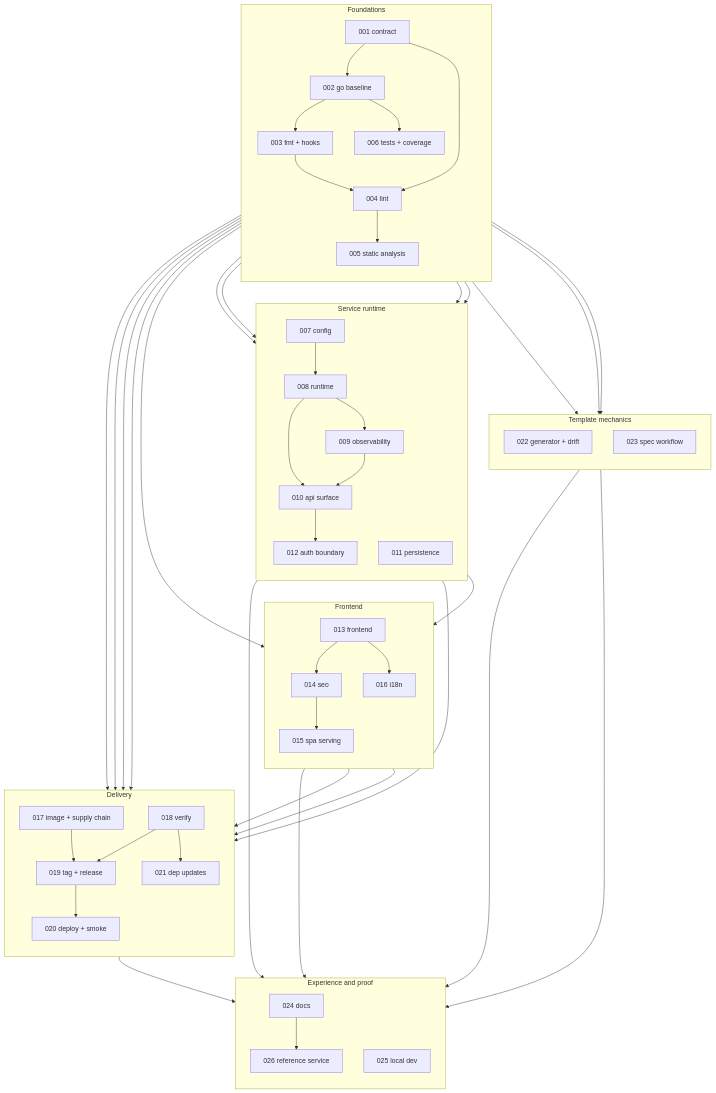
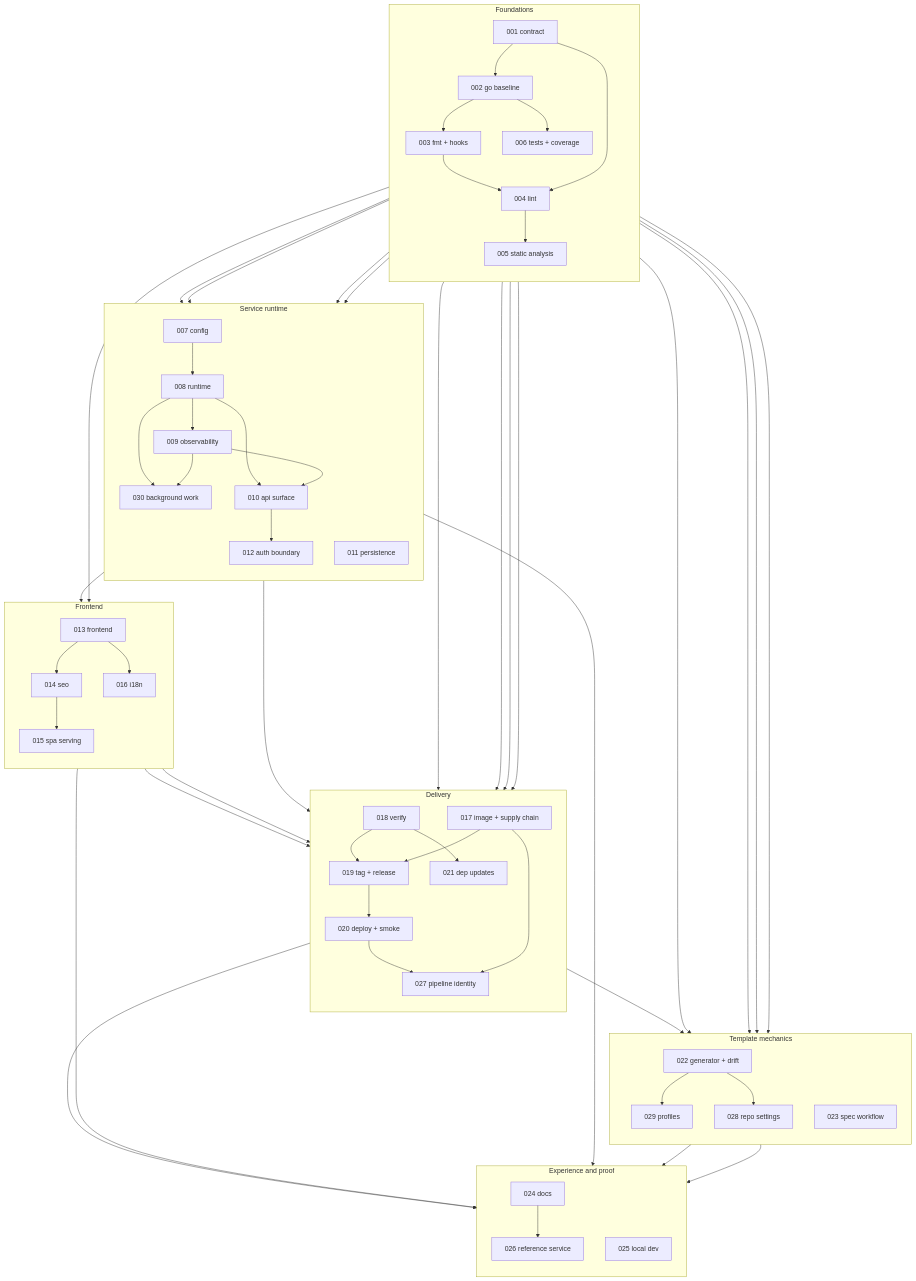
One commit to latere-ai/service-template changed the second of 2 diagrams in specs/README.md. Above: the diagram before and after it, drawn with Mermaid. The commit also changed other lines of this file and 6 other files, not shown here.

Commit message:
specs: add pipeline identity, repo settings, profiles, and background work

```diff
--- a/specs/README.md
+++ b/specs/README.md
@@ -54,11 +54,14 @@
     direction TB
     S022["022 generator + drift"]
     S023["023 spec workflow"]
+    S029["029 profiles"]
+    S028["028 repo settings"]
   end
 
   subgraph R["Service runtime"]
     direction TB
     S007["007 config"] --> S008["008 runtime"] --> S009["009 observability"]
+    S008 --> S030["030 background work"]
     S008 --> S010["010 api surface"]
     S009 --> S010
     S010 --> S012["012 auth boundary"]
@@ -75,6 +78,7 @@
     direction TB
     S018["018 verify"] --> S019["019 tag + release"] --> S020["020 deploy + smoke"]
     S017["017 image + supply chain"] --> S019
+    S027["027 pipeline identity"]
     S018 --> S021["021 dep updates"]
   end
 
@@ -87,6 +91,13 @@
 
   S001 --> S022
   S004 --> S022
+  S001 --> S029
+  S022 --> S029
+  S018 --> S028
+  S022 --> S028
+  S017 --> S027
+  S020 --> S027
+  S009 --> S030
   S001 --> S023 --> S024
   S002 --> S007
   S004 --> S009
```
